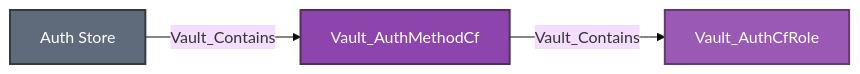
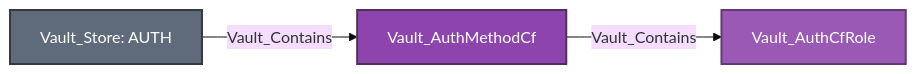
Before and after one commit to bytewreck/opengraph-vault: the tenth of 28 diagrams in Documentation/stores/AUTH.md, drawn with Mermaid (base theme). The commit also changed other lines of this file, not shown here.

````diff
--- a/Documentation/stores/AUTH.md
+++ b/Documentation/stores/AUTH.md
@@ -505,9 +505,9 @@
 ```mermaid
 flowchart LR
-    store[Auth Store]:::storeNode -->|Vault_Contains| method[Vault_AuthMethodCf]:::authMethodNode
+    store[Vault_Store: AUTH]:::storeNode -->|Vault_Contains| method[Vault_AuthMethodCf]:::authMethodNode
     method -->|Vault_Contains| role[Vault_AuthCfRole]:::authRoleNode
 
     classDef storeNode fill:#5F6B7A,color:#fff,stroke:#343A40,stroke-width:2px
     classDef authMethodNode fill:#8E44AD,color:#fff,stroke:#512E5F,stroke-width:2px
     classDef authRoleNode fill:#9B59B6,color:#fff,stroke:#633974,stroke-width:2px
 ```
````
